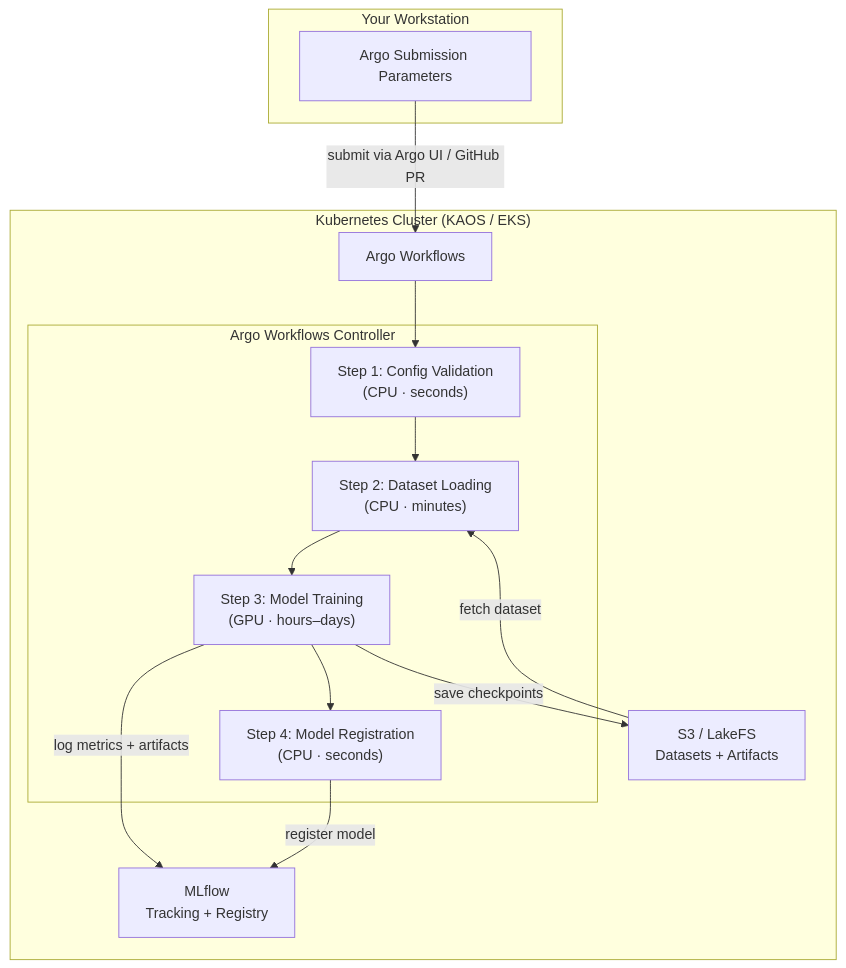
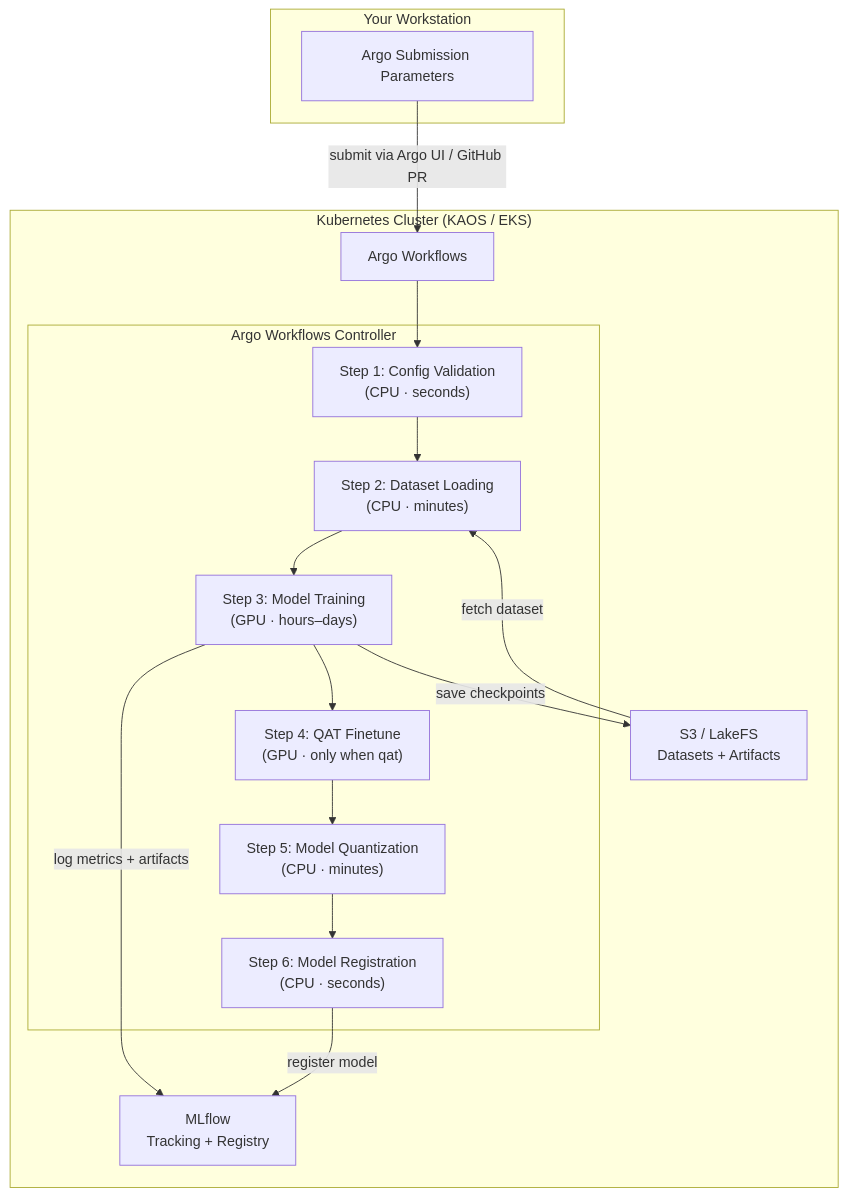
One commit to novelcore/kubeline-yolo-mlops changed the first of 2 diagrams in .docs/reference/architecture.md. Above: the diagram before and after it, drawn with Mermaid. The commit also changed other lines of this file and 15 other files, not shown here.

````diff
--- a/.docs/reference/architecture.md
+++ b/.docs/reference/architecture.md
@@ -7,28 +7,30 @@
 ```mermaid
 graph TB
     subgraph Workstation["Your Workstation"]
         Params["Argo Submission Parameters"]
     end
 
     Params -->|submit via Argo UI / GitHub PR| ArgoAPI["Argo Workflows"]
 
     subgraph K8s["Kubernetes Cluster (KAOS / EKS)"]
         subgraph Argo["Argo Workflows Controller"]
             S1["Step 1: Config Validation\n(CPU · seconds)"]
             S2["Step 2: Dataset Loading\n(CPU · minutes)"]
             S3["Step 3: Model Training\n(GPU · hours–days)"]
-            S4["Step 4: Model Registration\n(CPU · seconds)"]
-            S1 --> S2 --> S3 --> S4
+            SQF["Step 4: QAT Finetune\n(GPU · only when qat)"]
+            SQ["Step 5: Model Quantization\n(CPU · minutes)"]
+            S4["Step 6: Model Registration\n(CPU · seconds)"]
+            S1 --> S2 --> S3 --> SQF --> SQ --> S4
         end
 
         ArgoAPI --> S1
 
         MLflow["MLflow\nTracking + Registry"]
         S3Storage["S3 / LakeFS\nDatasets + Artifacts"]
     end
 
     S3 -->|log metrics + artifacts| MLflow
     S4 -->|register model| MLflow
     S3Storage -->|fetch dataset| S2
     S3 -->|save checkpoints| S3Storage
 ```
````
